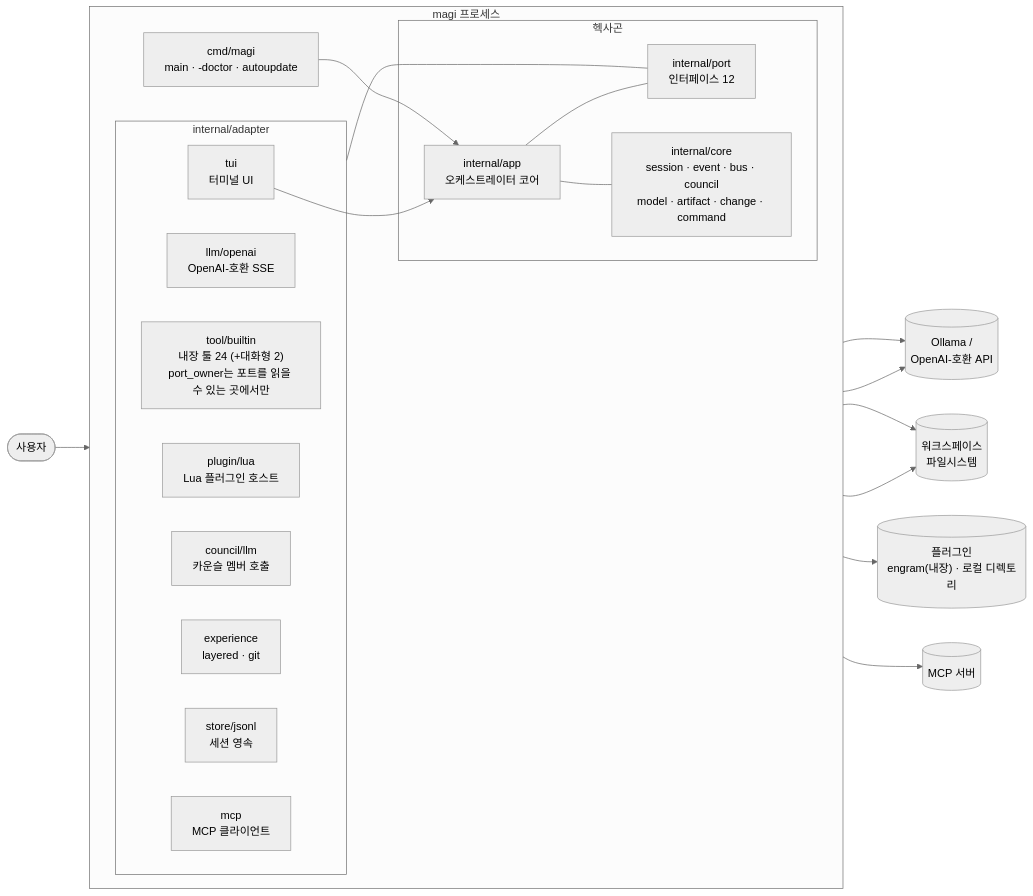
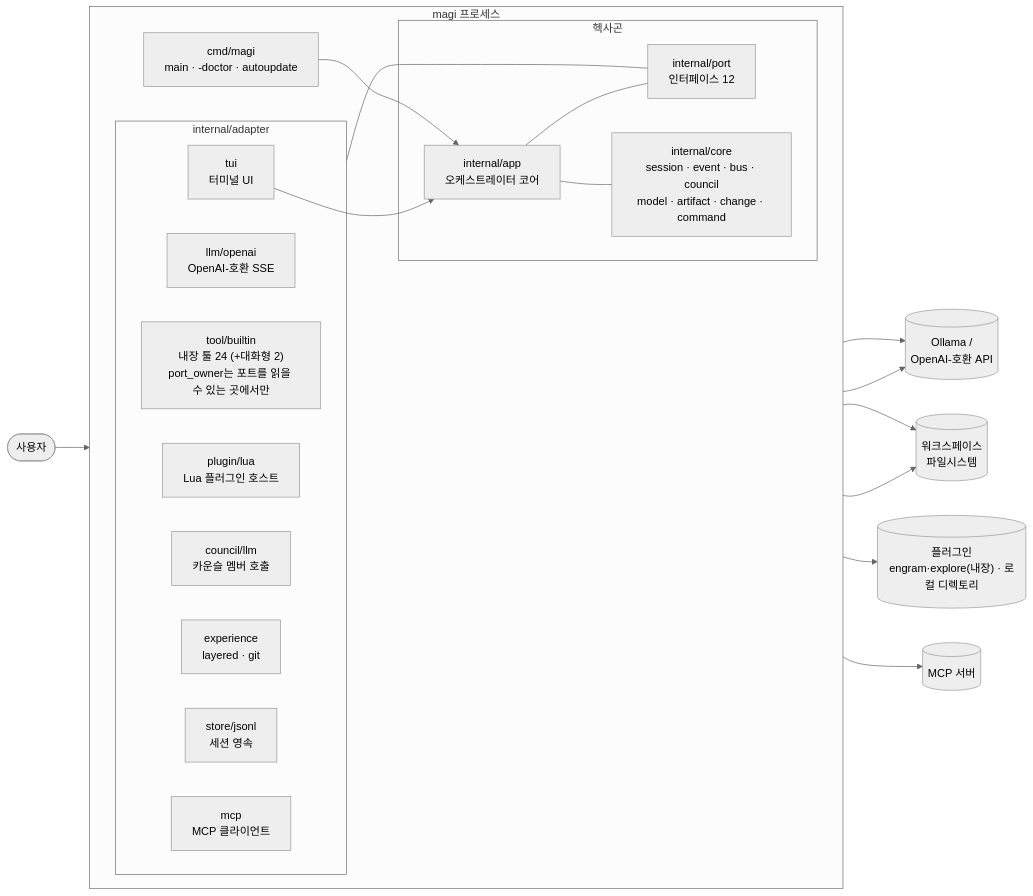
The first of 18 diagrams in docs/DIAGRAMS.ko.md (sayaya1090/magi), drawn with Mermaid before and after one commit. The commit also changed 8 other files, not shown here.

````diff
--- a/docs/DIAGRAMS.ko.md
+++ b/docs/DIAGRAMS.ko.md
@@ -34,40 +34,40 @@
 ```mermaid
 %%{init: {'theme':'neutral','flowchart':{'curve':'basis'}}}%%
 flowchart LR
   user(["사용자"])
   subgraph proc["magi 프로세스"]
     direction LR
     cmd["cmd/magi<br/>main · -doctor · autoupdate"]
     subgraph hex["헥사곤"]
       app["internal/app<br/>오케스트레이터 코어"]
       port["internal/port<br/>인터페이스 12"]
       core["internal/core<br/>session · event · bus · council<br/>model · artifact · change · command"]
     end
     subgraph adp["internal/adapter"]
       tui["tui<br/>터미널 UI"]
       llm["llm/openai<br/>OpenAI-호환 SSE"]
       tools["tool/builtin<br/>내장 툴 24 (+대화형 2)<br/>port_owner는 포트를 읽을 수 있는 곳에서만"]
       lua["plugin/lua<br/>Lua 플러그인 호스트"]
       council["council/llm<br/>카운슬 멤버 호출"]
       exp["experience<br/>layered · git"]
       store["store/jsonl<br/>세션 영속"]
       mcp["mcp<br/>MCP 클라이언트"]
     end
   end
   ollama[("Ollama /<br/>OpenAI-호환 API")]
   ws[("워크스페이스<br/>파일시스템")]
-  plug[("플러그인<br/>engram(내장) · 로컬 디렉토리")]
+  plug[("플러그인<br/>engram·explore(내장) · 로컬 디렉토리")]
   mcpsrv[("MCP 서버")]
 
   user --> tui --> app
   cmd --> app
   app --- port
   app --- core
   port --- adp
   llm --> ollama
   council --> ollama
   tools --> ws
   lua --> plug
   mcp --> mcpsrv
   store --> ws
 ```
````
